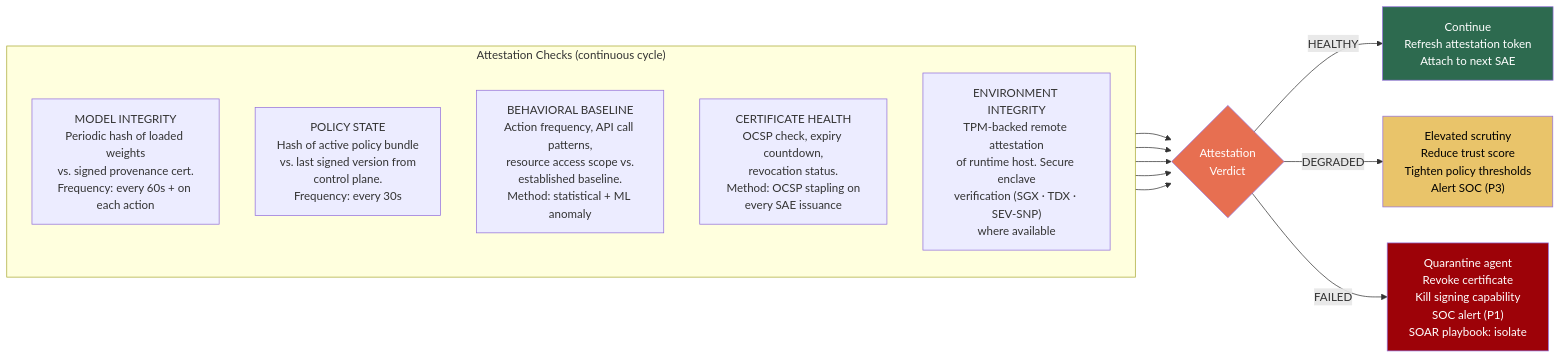
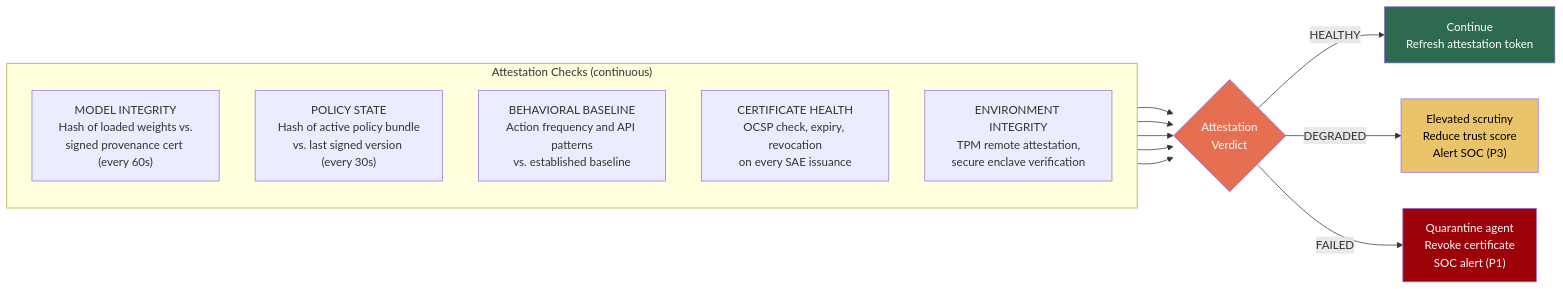
One commit to kjayashr/cryptographic-trust-layer changed diagram 12 of 16 in cryptographic-trust-layer-thesis.md. Above: the diagram before and after it, drawn with Mermaid. The commit also changed other lines of this file, not shown here.

First line of the commit message:
Fix mermaid diagrams and add 10,000ft architecture overview

````diff
--- a/cryptographic-trust-layer-thesis.md
+++ b/cryptographic-trust-layer-thesis.md
@@ -473,26 +525,26 @@
 ```mermaid
 graph LR
-    subgraph "Attestation Checks (continuous cycle)"
+    subgraph "Attestation Checks (continuous)"
         direction TB
-        R1["MODEL INTEGRITY\nPeriodic hash of loaded weights\nvs. signed provenance cert.\nFrequency: every 60s + on each action"]
-        R2["POLICY STATE\nHash of active policy bundle\nvs. last signed version from\ncontrol plane.\nFrequency: every 30s"]
-        R3["BEHAVIORAL BASELINE\nAction frequency, API call patterns,\nresource access scope vs.\nestablished baseline.\nMethod: statistical + ML anomaly"]
-        R4["CERTIFICATE HEALTH\nOCSP check, expiry countdown,\nrevocation status.\nMethod: OCSP stapling on\nevery SAE issuance"]
-        R5["ENVIRONMENT INTEGRITY\nTPM-backed remote attestation\nof runtime host. Secure enclave\nverification (SGX · TDX · SEV-SNP)\nwhere available"]
+        R1["MODEL INTEGRITY<br/>Hash of loaded weights vs.<br/>signed provenance cert (every 60s)"]
+        R2["POLICY STATE<br/>Hash of active policy bundle<br/>vs. last signed version (every 30s)"]
+        R3["BEHAVIORAL BASELINE<br/>Action frequency and API patterns<br/>vs. established baseline"]
+        R4["CERTIFICATE HEALTH<br/>OCSP check, expiry, revocation<br/>on every SAE issuance"]
+        R5["ENVIRONMENT INTEGRITY<br/>TPM remote attestation,<br/>secure enclave verification"]
     end
 
-    R1 --> V{"Attestation\nVerdict"}
+    R1 --> V{"Attestation<br/>Verdict"}
     R2 --> V
     R3 --> V
     R4 --> V
     R5 --> V
 
-    V -->|"HEALTHY"| CONT["Continue\nRefresh attestation token\nAttach to next SAE"]
-    V -->|"DEGRADED"| DEG["Elevated scrutiny\nReduce trust score\nTighten policy thresholds\nAlert SOC (P3)"]
-    V -->|"FAILED"| BLOCK["Quarantine agent\nRevoke certificate\nKill signing capability\nSOC alert (P1)\nSOAR playbook: isolate"]
+    V -->|"HEALTHY"| CONT["Continue<br/>Refresh attestation token"]
+    V -->|"DEGRADED"| DEG["Elevated scrutiny<br/>Reduce trust score<br/>Alert SOC (P3)"]
+    V -->|"FAILED"| BLOCK["Quarantine agent<br/>Revoke certificate<br/>SOC alert (P1)"]
 
     style V fill:#e76f51,color:#fff
     style BLOCK fill:#9d0208,color:#fff
     style DEG fill:#e9c46a,color:#000
     style CONT fill:#2d6a4f,color:#fff
 ```
````
